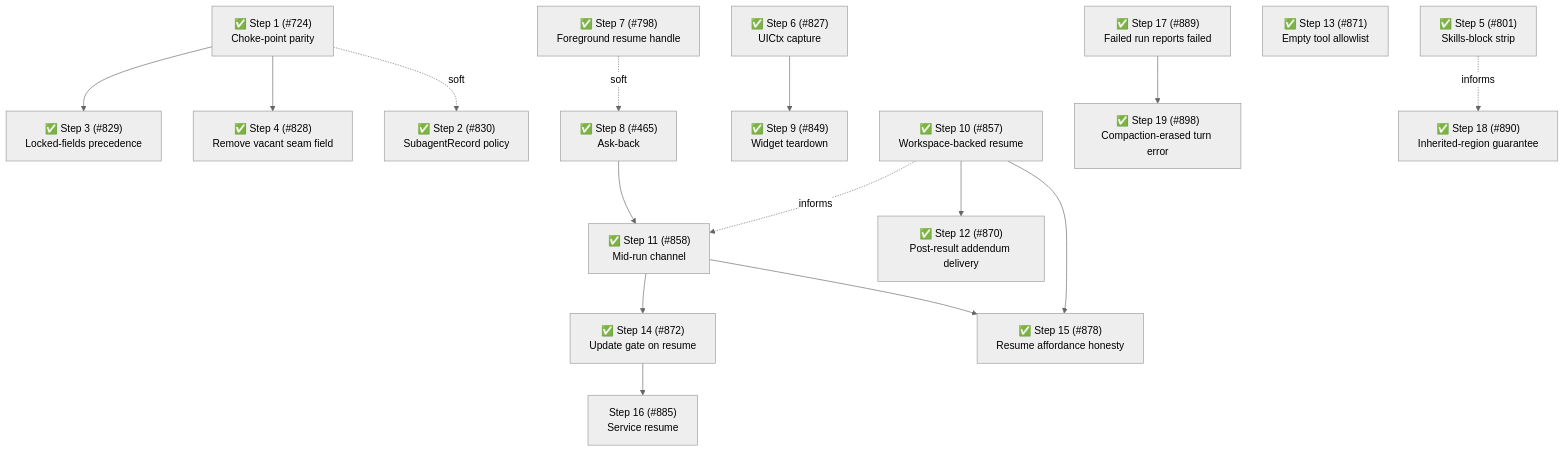
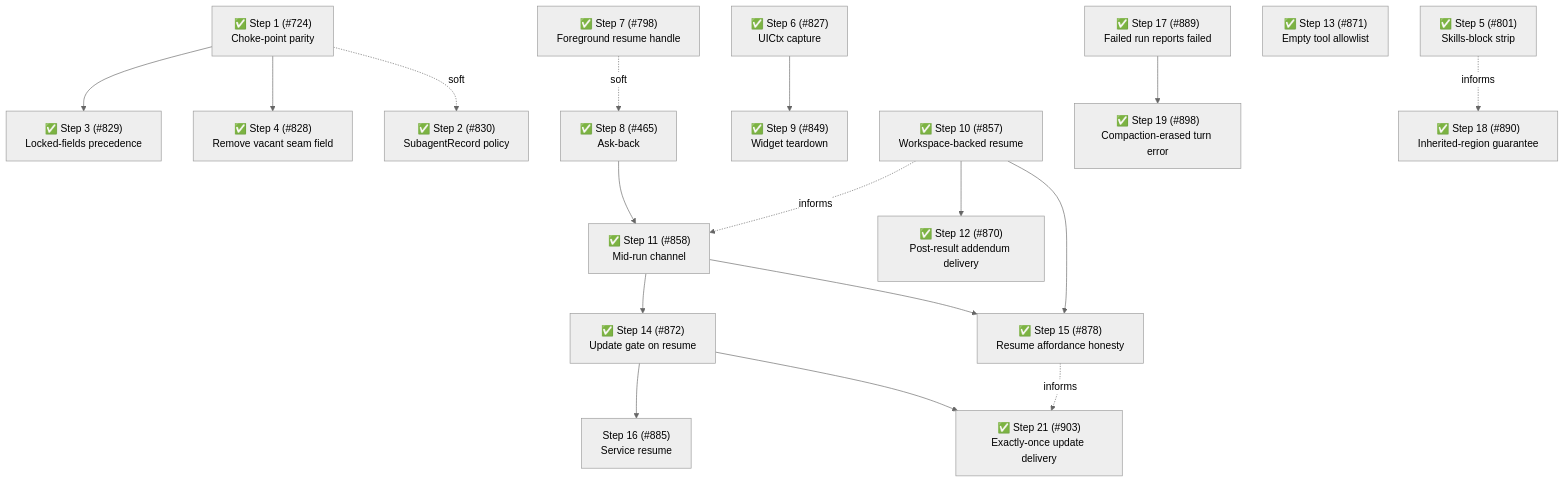
Before and after one commit to gotgenes/pi-packages: the sixth of 6 diagrams in packages/pi-subagents/docs/architecture/architecture.md, drawn with Mermaid (neutral theme). The commit also changed other lines of this file and 4 other files, not shown here.

````diff
--- a/packages/pi-subagents/docs/architecture/architecture.md
+++ b/packages/pi-subagents/docs/architecture/architecture.md
@@ -1309,19 +1337,21 @@
 ```mermaid
 flowchart TD
     S1["✅ Step 1 (#724)<br/>Choke-point parity"] --> S3["✅ Step 3 (#829)<br/>Locked-fields precedence"]
     S1 --> S4["✅ Step 4 (#828)<br/>Remove vacant seam field"]
     S1 -.soft.-> S2["✅ Step 2 (#830)<br/>SubagentRecord policy"]
     S7["✅ Step 7 (#798)<br/>Foreground resume handle"] -.soft.-> S8["✅ Step 8 (#465)<br/>Ask-back"]
     S5["✅ Step 5 (#801)<br/>Skills-block strip"]
     S6["✅ Step 6 (#827)<br/>UICtx capture"] --> S9["✅ Step 9 (#849)<br/>Widget teardown"]
     S8 --> S11["✅ Step 11 (#858)<br/>Mid-run channel"]
     S10["✅ Step 10 (#857)<br/>Workspace-backed resume"] -.informs.-> S11
     S10 --> S12["✅ Step 12 (#870)<br/>Post-result addendum delivery"]
     S11 --> S14["✅ Step 14 (#872)<br/>Update gate on resume"]
     S13["✅ Step 13 (#871)<br/>Empty tool allowlist"]
     S10 --> S15["✅ Step 15 (#878)<br/>Resume affordance honesty"]
     S11 --> S15
     S14 --> S16["Step 16 (#885)<br/>Service resume"]
     S17["✅ Step 17 (#889)<br/>Failed run reports failed"] --> S19["✅ Step 19 (#898)<br/>Compaction-erased turn error"]
     S5 -.informs.-> S18["✅ Step 18 (#890)<br/>Inherited-region guarantee"]
+    S14 --> S21["✅ Step 21 (#903)<br/>Exactly-once update delivery"]
+    S15 -.informs.-> S21
 ```
````
